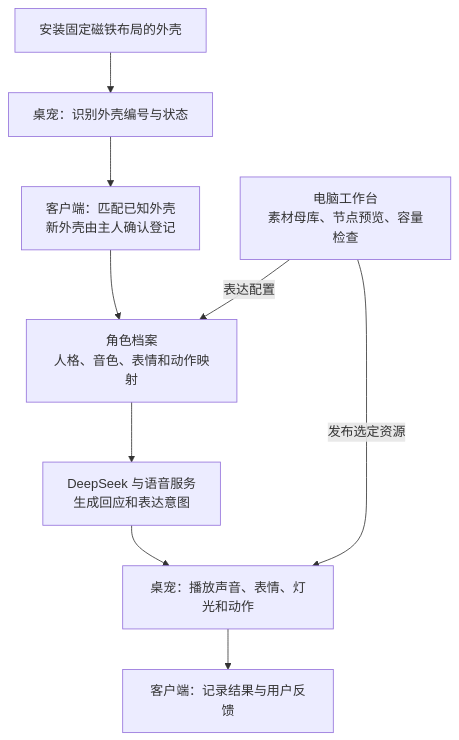
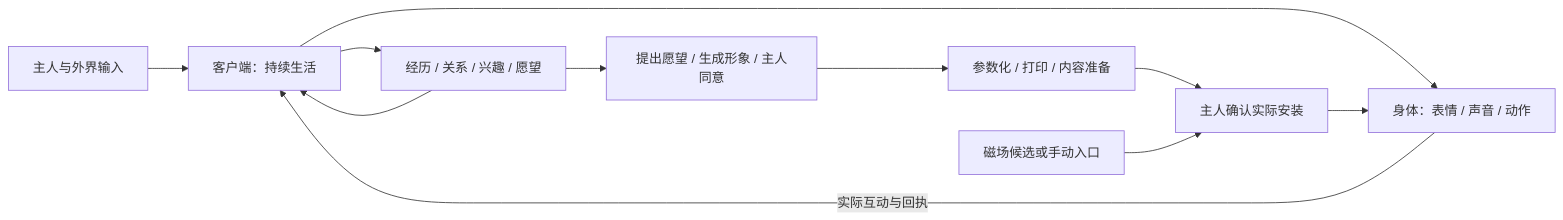
The diagram in docs/development-plan-20261104.md (404-NOT-FOUND-ERROR/DeskBot-Hardware), drawn with Mermaid before and after one commit. The commit also changed other lines of this file and 1757 other files, not shown here.

````diff
--- a/docs/development-plan-20261104.md
+++ b/docs/development-plan-20261104.md
@@ -15,11 +23,13 @@
 ```mermaid
-flowchart TD
-    A[安装固定磁铁布局的外壳] --> B[桌宠：识别外壳编号与状态]
-    B --> C[客户端：匹配已知外壳\n新外壳由主人确认登记]
-    C --> D[角色档案\n人格、音色、表情和动作映射]
-    D --> E[DeepSeek 与语音服务\n生成回应和表达意图]
-    E --> F[桌宠：播放声音、表情、灯光和动作]
-    F --> G[客户端：记录结果与用户反馈]
-    W[电脑工作台\n素材母库、节点预览、容量检查] -->|表达配置| D
-    W -->|发布选定资源| F
+flowchart LR
+    A[主人与外界输入] --> B[客户端：持续生活]
+    B --> C[经历 / 关系 / 兴趣 / 愿望]
+    C --> B
+    B --> D[身体：表情 / 声音 / 动作]
+    D -->|实际互动与回执| B
+    C --> E[提出愿望 / 生成形象 / 主人同意]
+    E --> F[参数化 / 打印 / 内容准备]
+    F --> G[主人确认实际安装]
+    G --> D
+    S[磁场候选或手动入口] --> G
 ```
````
